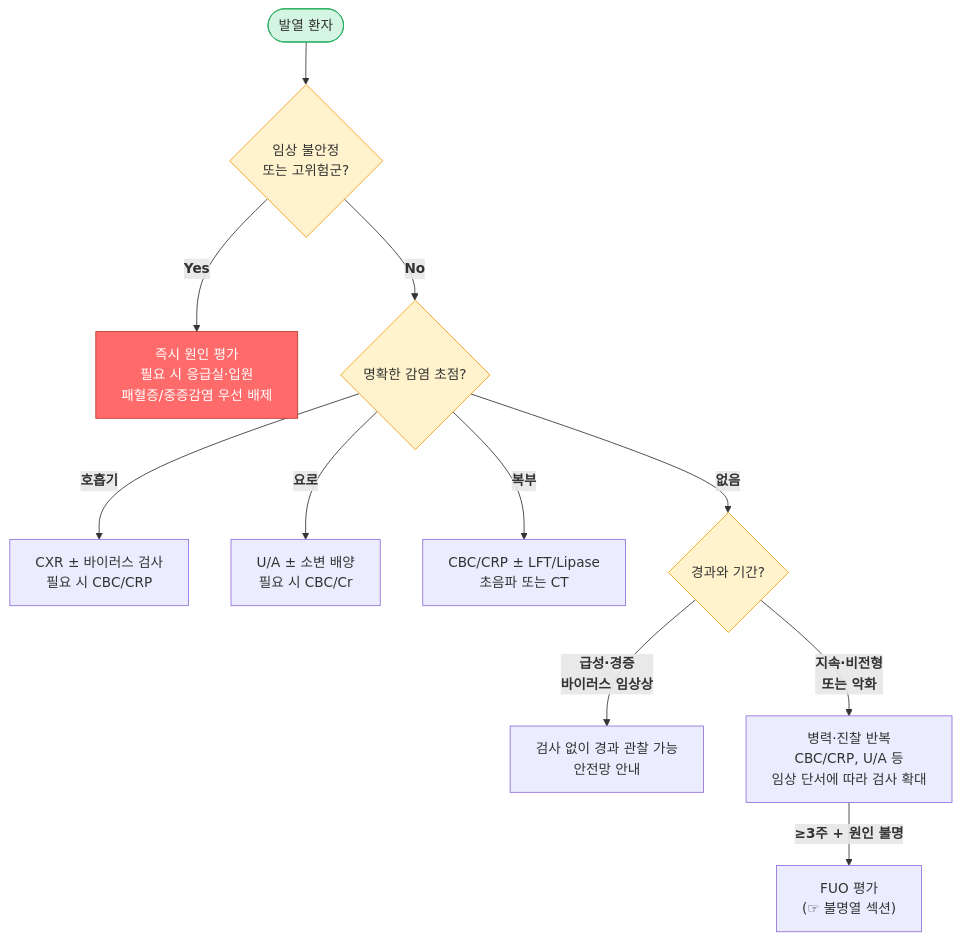
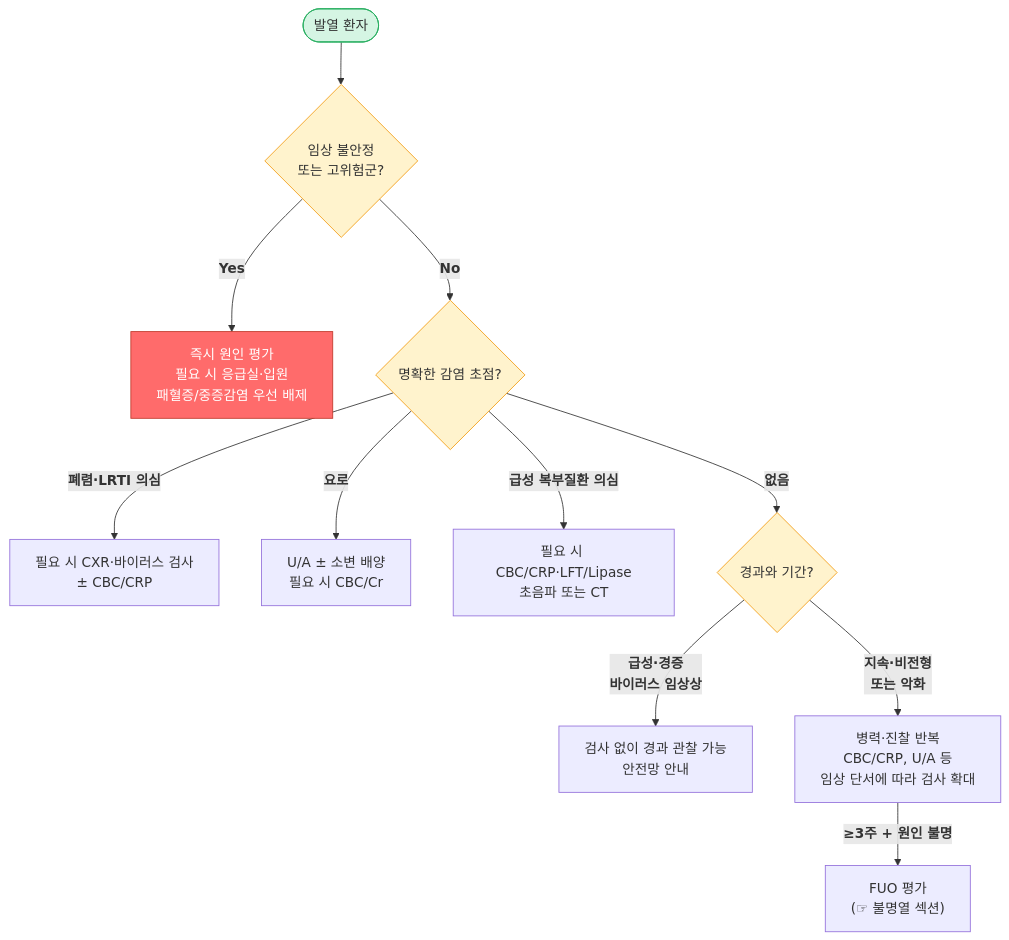
Before and after one commit to familyoh77/familyoh77: the first of 2 diagrams in 220_/011_-fever.md, drawn with Mermaid. The commit also changed other lines of this file, not shown here.

````diff
--- a/220_/011_-fever.md
+++ b/220_/011_-fever.md
@@ -111,21 +120,21 @@
 ```mermaid
 graph TD
     A([발열 환자]) --> B{임상 불안정<br/>또는 고위험군?}
     B -->|<b>Yes</b>| C["즉시 원인 평가<br/>필요 시 응급실·입원<br/>패혈증/중증감염 우선 배제"]
     B -->|<b>No</b>| D{명확한 감염 초점?}
-    D -->|<b>호흡기</b>| E["CXR ± 바이러스 검사<br/>필요 시 CBC/CRP"]
+    D -->|<b>폐렴·LRTI 의심</b>| E["필요 시 CXR·바이러스 검사<br/>± CBC/CRP"]
     D -->|<b>요로</b>| F["U/A ± 소변 배양<br/>필요 시 CBC/Cr"]
-    D -->|<b>복부</b>| G["CBC/CRP ± LFT/Lipase<br/>초음파 또는 CT"]
+    D -->|<b>급성 복부질환 의심</b>| G["필요 시 CBC/CRP·LFT/Lipase<br/>초음파 또는 CT"]
     D -->|<b>없음</b>| H{경과와 기간?}
     H -->|"<b>급성·경증<br/>바이러스 임상상</b>"| I["검사 없이 경과 관찰 가능<br/>안전망 안내"]
     H -->|"<b>지속·비전형<br/>또는 악화</b>"| J["병력·진찰 반복<br/>CBC/CRP, U/A 등<br/>임상 단서에 따라 검사 확대"]
     J -->|"<b>≥3주 + 원인 불명</b>"| K["FUO 평가<br/>(☞ 불명열 섹션)"]
 
     classDef green  fill:#d5f5e3,stroke:#27ae60
     classDef red    fill:#ff6b6b,stroke:#c0392b,color:#fff
     classDef yellow fill:#fff3cd,stroke:#f39c12
     class A green
     class C red
     class B,D,H yellow
 
 ```
````
